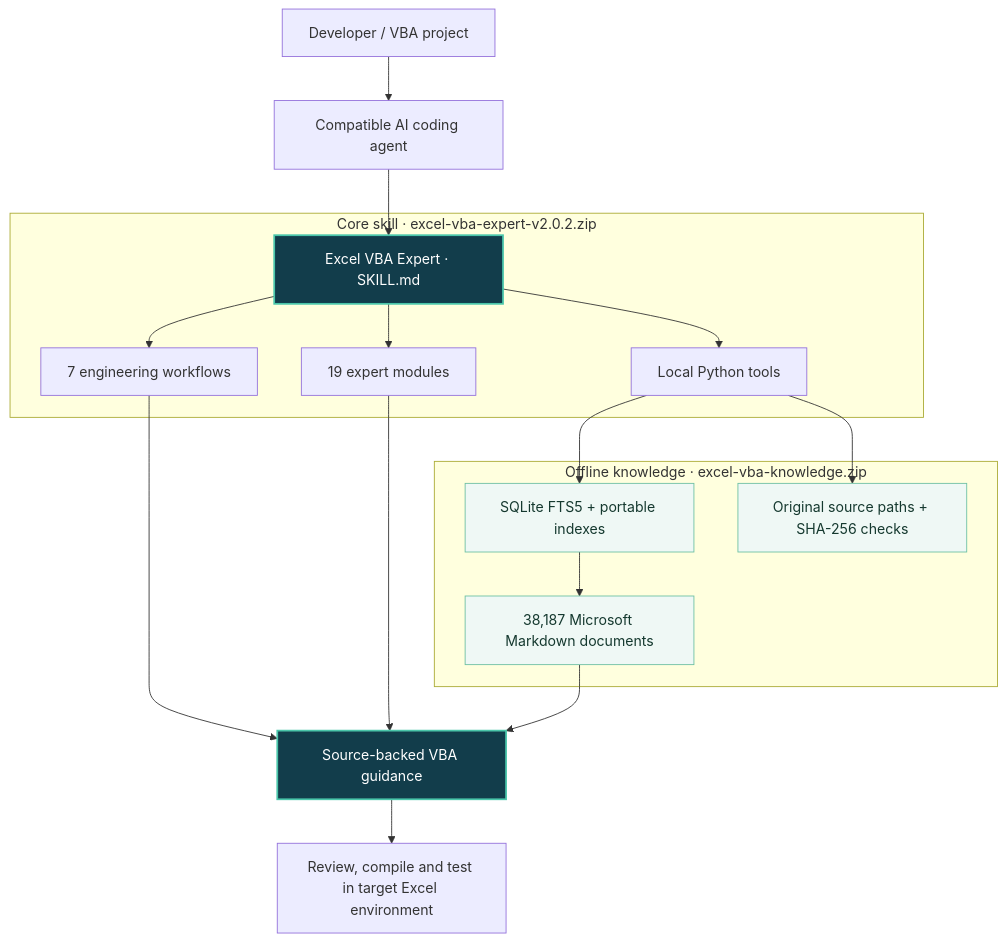
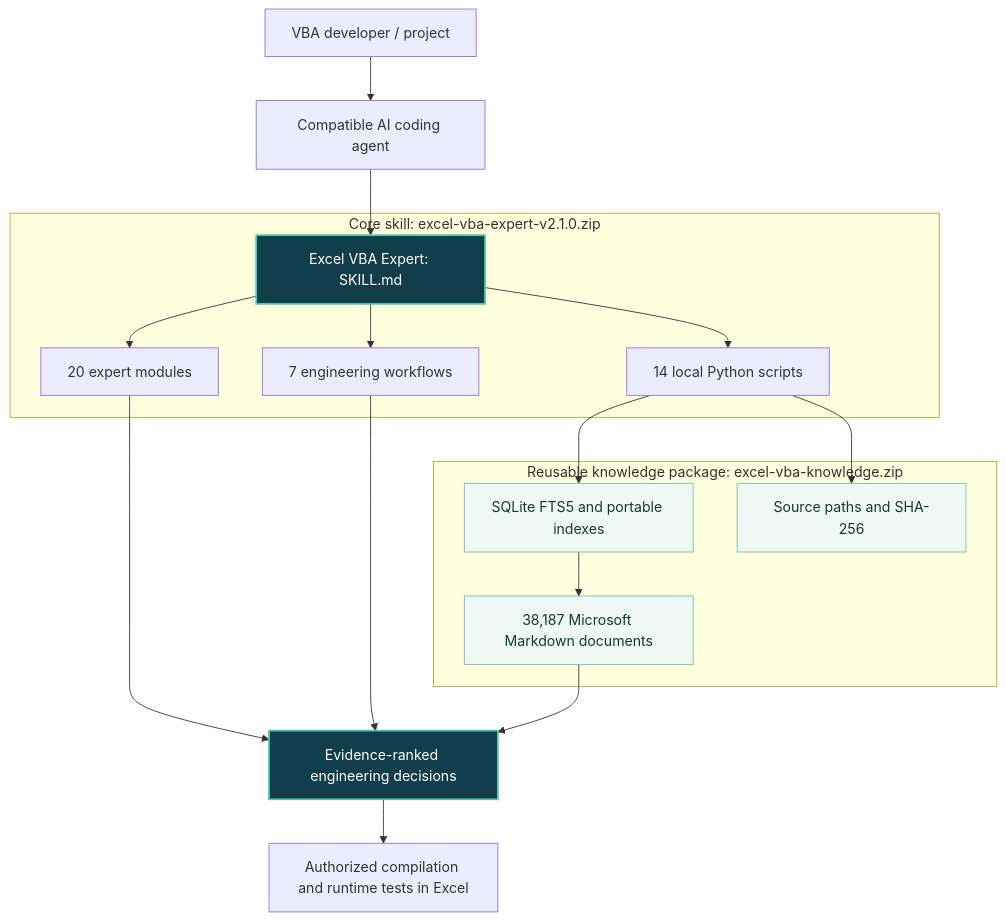
Before and after one commit to cycu767/excel-vba-expert: the second of 2 diagrams in README.md, drawn with Mermaid. The commit also changed other lines of this file and 4 other files, not shown here.

````diff
--- a/README.md
+++ b/README.md
@@ -62,30 +75,26 @@
 ```mermaid
 flowchart TB
-    USER["Developer / VBA project"] --> AGENT["Compatible AI coding agent"]
-    AGENT --> SKILL["Excel VBA Expert · SKILL.md"]
-
-    subgraph CORE["Core skill · excel-vba-expert-v2.0.2.zip"]
-      SKILL --> ROUTES["7 engineering workflows"]
-      SKILL --> MODULES["19 expert modules"]
-      SKILL --> TOOLS["Local Python tools"]
+    DEV["VBA developer / project"] --> AGENT["Compatible AI coding agent"]
+    AGENT --> ENTRY["Excel VBA Expert: SKILL.md"]
+    subgraph CORE["Core skill: excel-vba-expert-v2.1.0.zip"]
+       ENTRY --> ROUTES["7 engineering workflows"]
+       ENTRY --> REFS["20 expert modules"]
+       ENTRY --> SCRIPTS["14 local Python scripts"]
     end
-
-    subgraph KNOWLEDGE["Offline knowledge · excel-vba-knowledge.zip"]
-      DOCS["38,187 Microsoft Markdown documents"]
-      INDEX["SQLite FTS5 + portable indexes"]
-      INTEGRITY["Original source paths + SHA-256 checks"]
+    subgraph KB["Reusable knowledge package: excel-vba-knowledge.zip"]
+       INDEX["SQLite FTS5 and portable indexes"]
+       DOCS["38,187 Microsoft Markdown documents"]
+       INTEGRITY["Source paths and SHA-256"]
     end
-
-    TOOLS --> INDEX
+    SCRIPTS --> INDEX
     INDEX --> DOCS
-    TOOLS --> INTEGRITY
-    ROUTES --> GUIDANCE["Source-backed VBA guidance"]
-    MODULES --> GUIDANCE
-    DOCS --> GUIDANCE
-    GUIDANCE --> REVIEW["Review, compile and test in target Excel environment"]
-
+    SCRIPTS --> INTEGRITY
+    REFS --> REVIEW["Evidence-ranked engineering decisions"]
+    ROUTES --> REVIEW
+    DOCS --> REVIEW
+    REVIEW --> EXCEL["Authorized compilation and runtime tests in Excel"]
     classDef focus fill:#123D4B,color:#FFFFFF,stroke:#4AC6AA,stroke-width:2px;
     classDef evidence fill:#EFF8F5,color:#15392F,stroke:#6CBFA3;
-    class SKILL,GUIDANCE focus;
-    class DOCS,INDEX,INTEGRITY evidence;
+    class ENTRY,REVIEW focus;
+    class INDEX,DOCS,INTEGRITY evidence;
 ```
````
